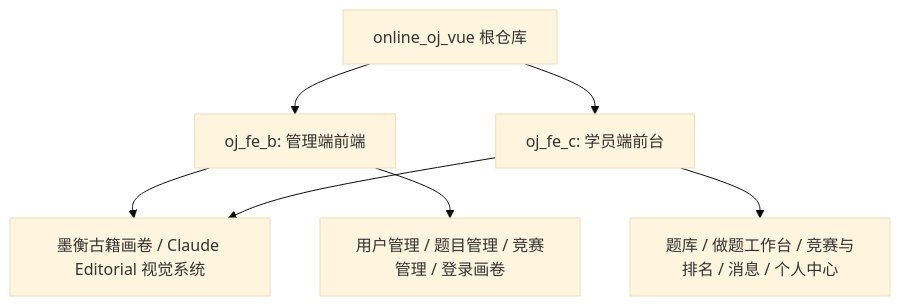
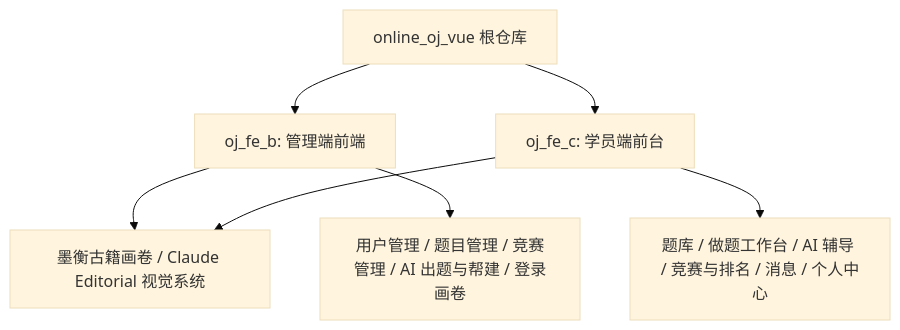
One commit to pluchon/online_oj_vue changed the first of 14 diagrams in README.md. Above: the diagram before and after it, drawn with Mermaid (base theme). The commit also changed other lines of this file and 14 other files, not shown here.

````diff
--- a/README.md
+++ b/README.md
@@ -5,11 +5,11 @@
 ```mermaid
 graph TD
     Repo["online_oj_vue 根仓库"]
     Repo --> B_End["oj_fe_b: 管理端前端"]
     Repo --> C_End["oj_fe_c: 学员端前台"]
 
     B_End --> Design["墨衡古籍画卷 / Claude Editorial 视觉系统"]
     C_End --> Design
-    B_End --> Modules["用户管理 / 题目管理 / 竞赛管理 / 登录画卷"]
-    C_End --> CModules["题库 / 做题工作台 / 竞赛与排名 / 消息 / 个人中心"]
+    B_End --> Modules["用户管理 / 题目管理 / 竞赛管理 / AI 出题与帮建 / 登录画卷"]
+    C_End --> CModules["题库 / 做题工作台 / AI 辅导 / 竞赛与排名 / 消息 / 个人中心"]
 ```
````
